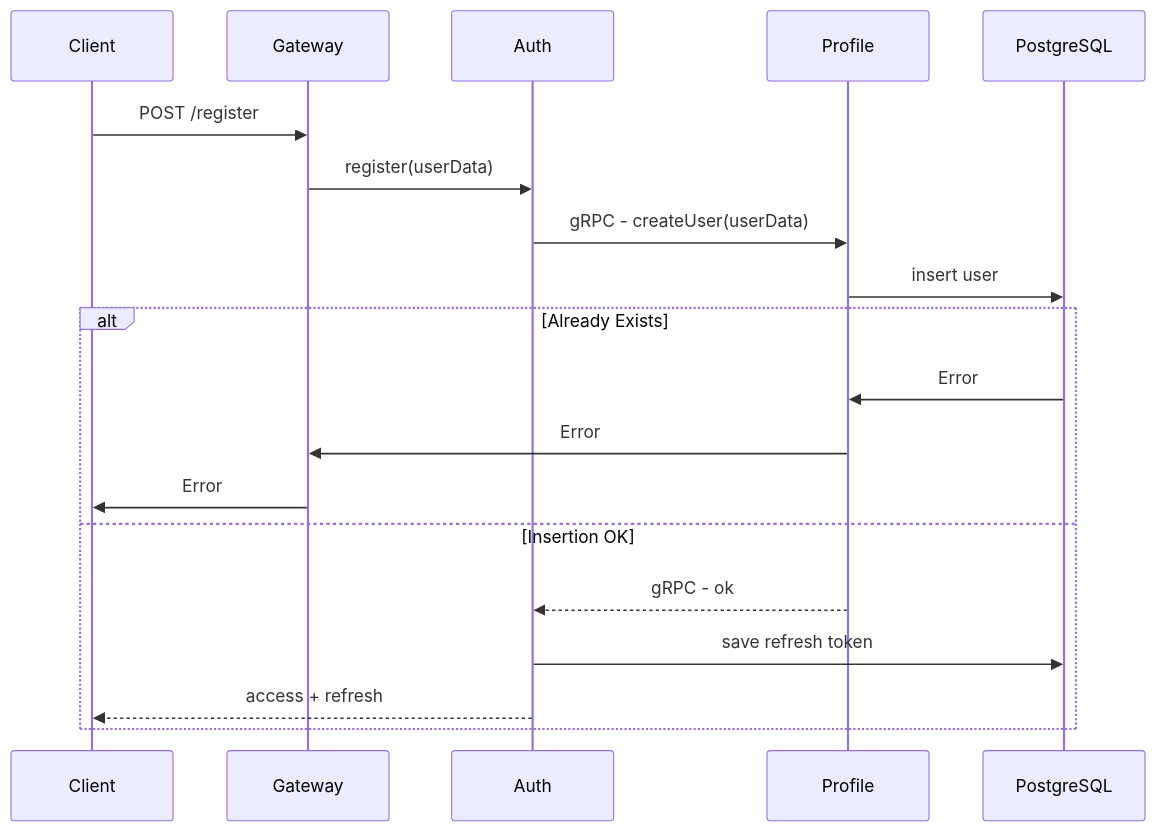
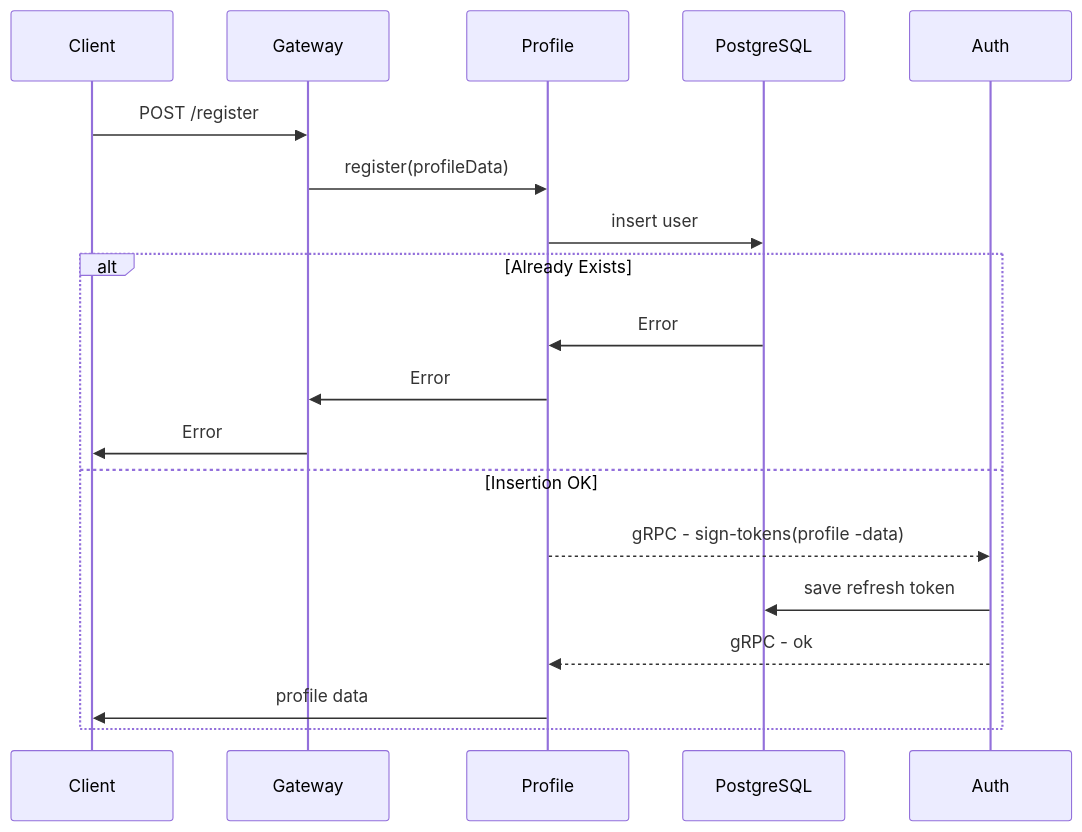
One commit to isOdin-l/TinderArt changed the first of 9 diagrams in docs/workflow-informative.md. Above: the diagram before and after it, drawn with Mermaid. The commit also changed other lines of this file and 5 other files, not shown here.

Commit message:
docs: updated workflow, architecture, structures docs

````diff
--- a/docs/workflow-informative.md
+++ b/docs/workflow-informative.md
@@ -2,18 +2,17 @@
 ```mermaid
 sequenceDiagram
     Client->>Gateway:       POST /register
-    Gateway->>Auth:         register(userData)
-
-    Auth->>Profile:         gRPC - createUser(userData)
+    Gateway->>Profile:         register(profileData)
 
     Profile->>PostgreSQL:   insert user
     alt Already Exists
         PostgreSQL->>Profile: Error
         Profile->>Gateway: Error
         Gateway->>Client: Error
     else Insertion OK
-        Profile-->>Auth:        gRPC - ok
+        Profile-->>Auth:        gRPC - sign-tokens(profile -data)
         Auth->>PostgreSQL:      save refresh token
-        Auth-->>Client:         access + refresh
+        Auth-->>Profile:        gRPC - ok
+        Profile->>Client:       profile data
     end
 ```
````
